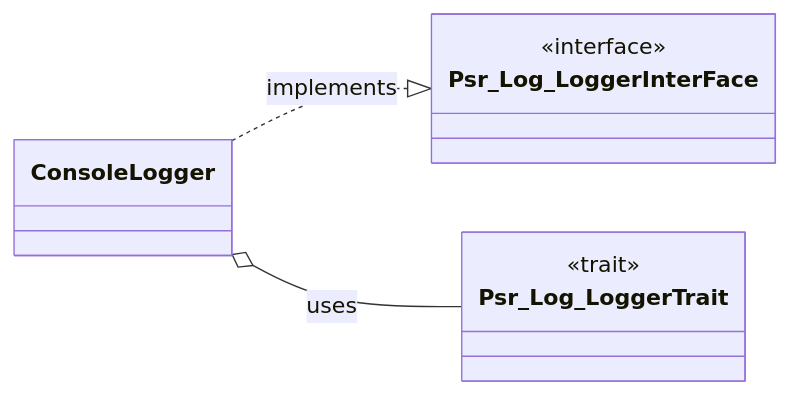
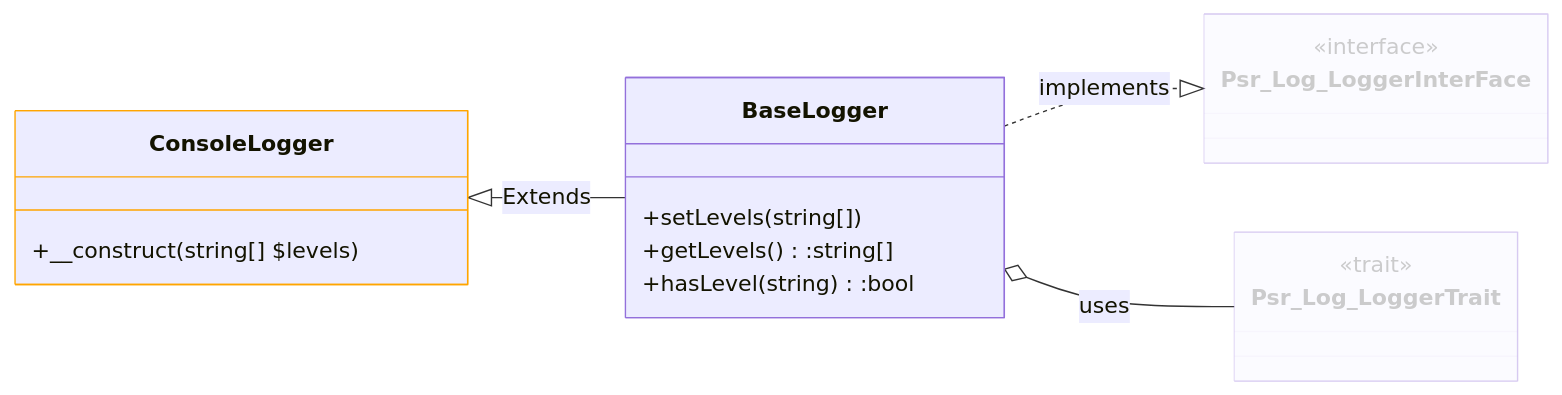
Before and after one commit to volta-framework/component-logging: the first of 4 diagrams in libraries/README.md, drawn with Mermaid. The commit also changed other lines of this file and 5 other files, not shown here.

Commit message:
UPDATE: UML and documentation

````diff
--- a/libraries/README.md
+++ b/libraries/README.md
@@ -16,10 +39,20 @@
 ```mermaid
 classDiagram
     direction LR
     class Psr_Log_LoggerInterFace{ <<interface>> }
-    class ConsoleLogger
+    class ConsoleLogger {+__construct(string[] $levels)}
     class Psr_Log_LoggerTrait { <<trait>> }
-    
-    ConsoleLogger ..|> Psr_Log_LoggerInterFace : implements    
-    ConsoleLogger o-- Psr_Log_LoggerTrait : uses
+    class BaseLogger {
+        +setLevels(string[])
+        +getLevels():string[]
+        +hasLevel(string):bool
+    }
+
+    style Psr_Log_LoggerTrait opacity: 0.2 
+    style Psr_Log_LoggerInterFace opacity: 0.2  
+    style ConsoleLogger stroke:#FFa500 
+
+    BaseLogger ..|> Psr_Log_LoggerInterFace : implements
+    BaseLogger o-- Psr_Log_LoggerTrait : uses
+    ConsoleLogger <|--  BaseLogger : Extends
 ```
````
